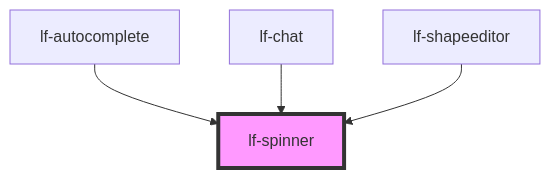
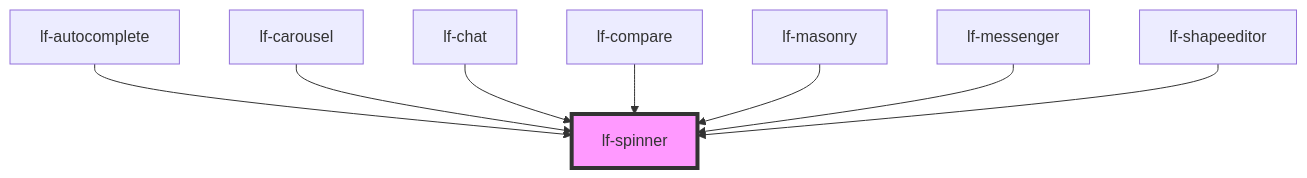
The diagram in packages/core/src/components/lf-spinner/readme.md (lucafoscili/lf-widgets), drawn with Mermaid before and after one commit. The commit also changed other lines of this file and 96 other files, not shown here.

````diff
--- a/packages/core/src/components/lf-spinner/readme.md
+++ b/packages/core/src/components/lf-spinner/readme.md
@@ -120,7 +124,11 @@
 ```mermaid
 graph TD;
   lf-autocomplete --> lf-spinner
+  lf-carousel --> lf-spinner
   lf-chat --> lf-spinner
+  lf-compare --> lf-spinner
+  lf-masonry --> lf-spinner
+  lf-messenger --> lf-spinner
   lf-shapeeditor --> lf-spinner
   style lf-spinner fill:#f9f,stroke:#333,stroke-width:4px
 ```
````
